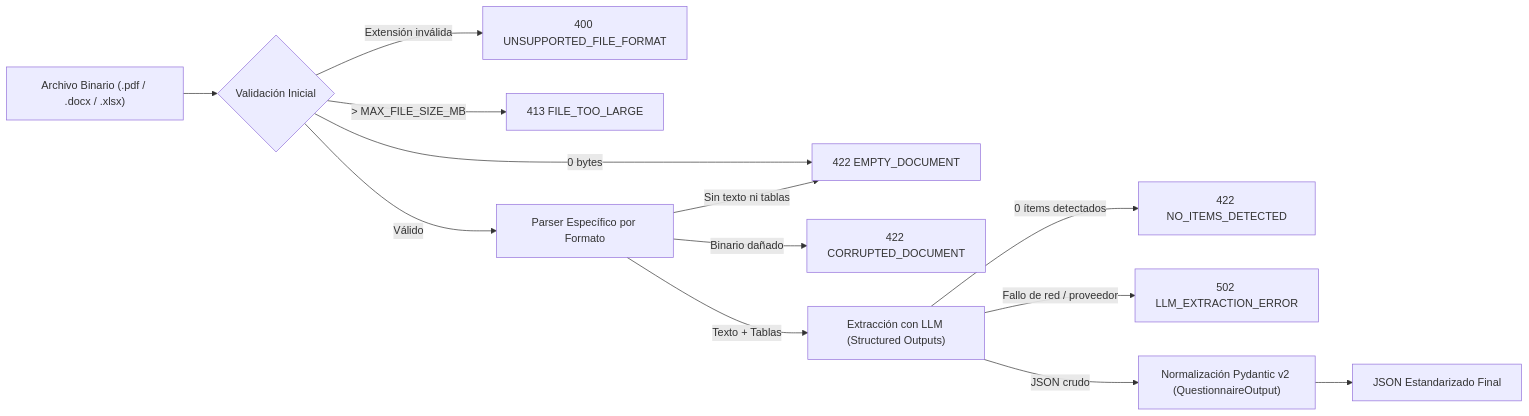
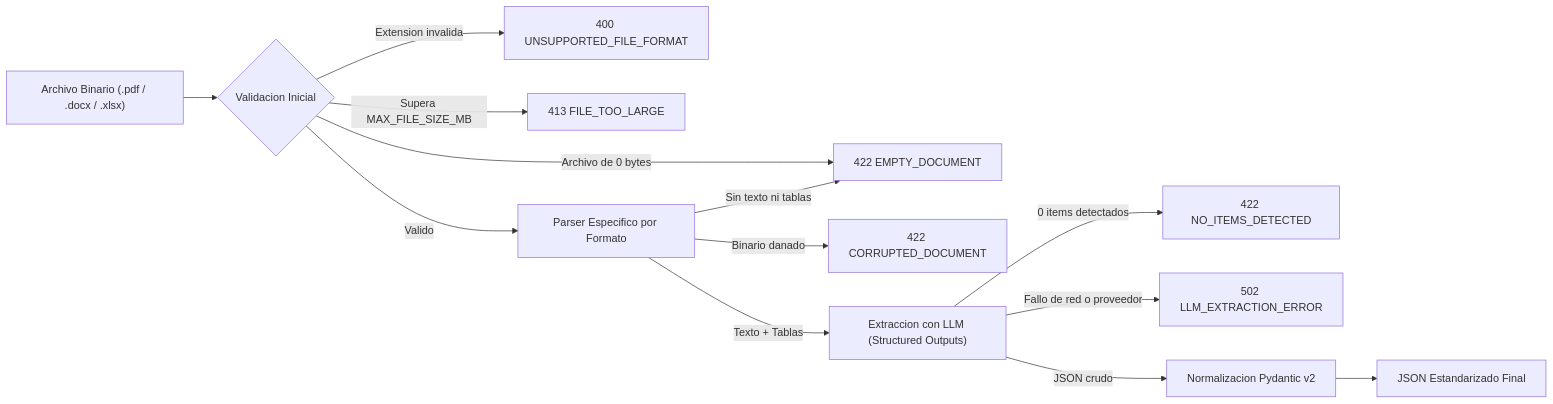
Before and after one commit to MateoPissarello/questionnaires_to_json: the third of 3 diagrams in README.md, drawn with Mermaid. The commit also changed other lines of this file, not shown here.

````diff
--- a/README.md
+++ b/README.md
@@ -126,15 +126,15 @@
 ```mermaid
 flowchart LR
-    A["Archivo Binario (.pdf / .docx / .xlsx)"] --> B{"Validación Inicial"}
-    B -->|"Extensión inválida"| E1["400 UNSUPPORTED_FILE_FORMAT"]
-    B -->|"> MAX_FILE_SIZE_MB"| E2["413 FILE_TOO_LARGE"]
-    B -->|"0 bytes"| E3["422 EMPTY_DOCUMENT"]
-    B -->|"Válido"| C["Parser Específico por Formato"]
-    C -->|"Binario dañado"| E4["422 CORRUPTED_DOCUMENT"]
-    C -->|"Sin texto ni tablas"| E3
-    C -->|"Texto + Tablas"| D["Extracción con LLM (Structured Outputs)"]
-    D -->|"0 ítems detectados"| E5["422 NO_ITEMS_DETECTED"]
-    D -->|"Fallo de red / proveedor"| E6["502 LLM_EXTRACTION_ERROR"]
-    D -->|"JSON crudo"| F["Normalización Pydantic v2 (QuestionnaireOutput)"]
+    A["Archivo Binario (.pdf / .docx / .xlsx)"] --> B{"Validacion Inicial"}
+    B -->|Extension invalida| E1["400 UNSUPPORTED_FILE_FORMAT"]
+    B -->|Supera MAX_FILE_SIZE_MB| E2["413 FILE_TOO_LARGE"]
+    B -->|Archivo de 0 bytes| E3["422 EMPTY_DOCUMENT"]
+    B -->|Valido| C["Parser Especifico por Formato"]
+    C -->|Binario danado| E4["422 CORRUPTED_DOCUMENT"]
+    C -->|Sin texto ni tablas| E3
+    C -->|Texto + Tablas| D["Extraccion con LLM (Structured Outputs)"]
+    D -->|0 items detectados| E5["422 NO_ITEMS_DETECTED"]
+    D -->|Fallo de red o proveedor| E6["502 LLM_EXTRACTION_ERROR"]
+    D -->|JSON crudo| F["Normalizacion Pydantic v2"]
     F --> G["JSON Estandarizado Final"]
 ```
````
